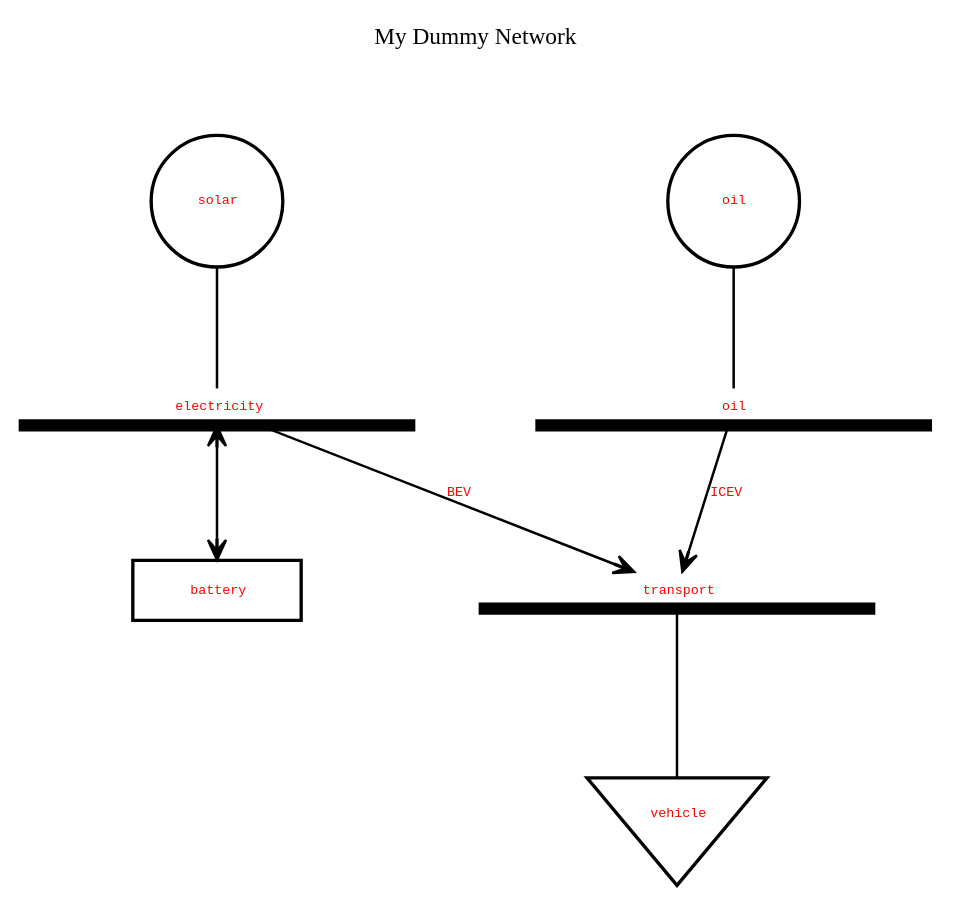
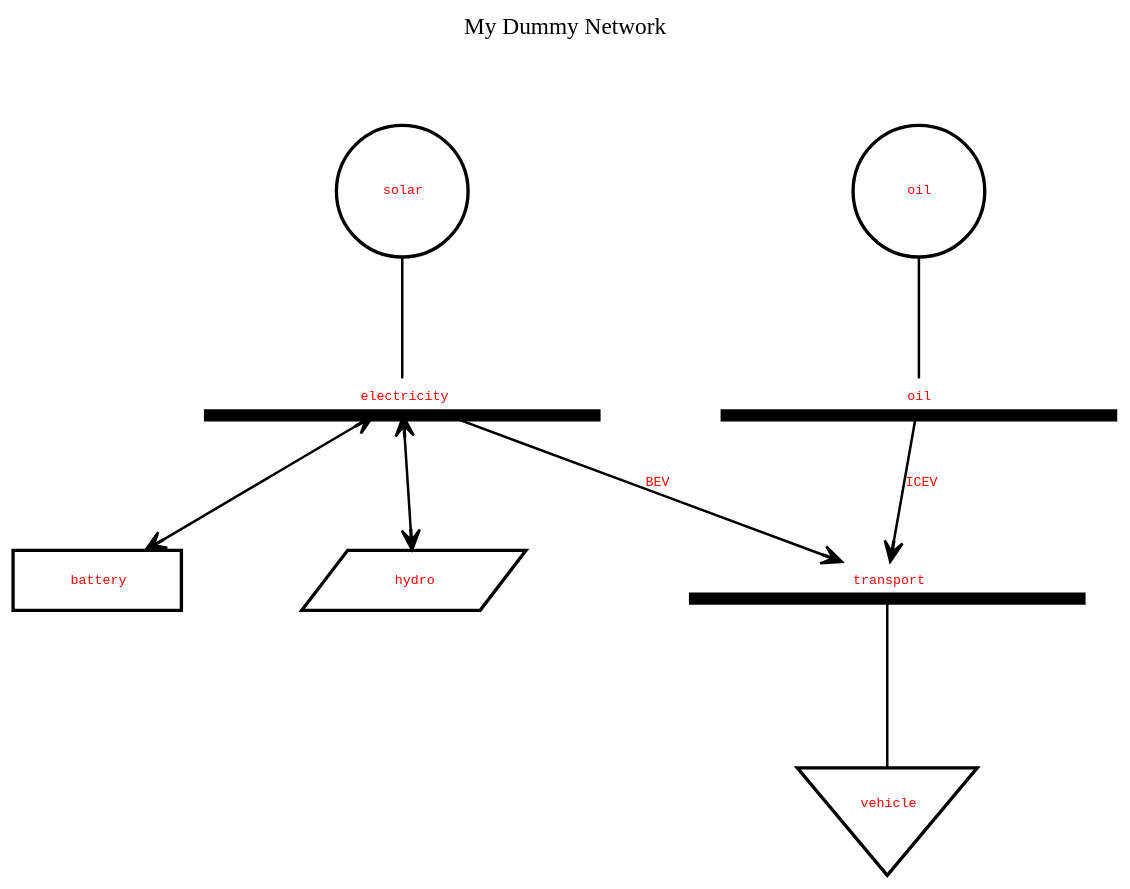
Before and after one commit to ricnogfer/pypsatopo: the diagram in resources/topography.dot, drawn with Graphviz. The commit also changed 1 other file, not shown here.

```diff
--- a/resources/topography.dot
+++ b/resources/topography.dot
@@ -1,160 +1,180 @@
 //
-// Generated by PyPSATopo version 0.7.0 (on the 2023/06/08 at 10:21:52) using the following parameters: 
+// Generated by PyPSATopo version 1.0.0 (on the 2024/08/13 at 20:15:56) using the following parameters: 
 //
-//    file_name (input)=None
+//    file_input=None
 //    focus=None
 //    neighbourhood=0
 //    bus_filter=None
 //    generator_filter=None
 //    load_filter=None
 //    store_filter=None
+//    storage_unit_filter=None
 //    link_filter=None
 //    line_filter=None
+//    carrier_filter=None
 //    negative_efficiency=True
-//    broken_missing=True
+//    broken_missing=False
 //    carrier_color=None
 //    context=False
-//    file_name (output)=topography.svg
+//    file_output=topography.svg
 //    file_format=svg
-//    quiet=True
+//    log=True
+//    log_info=False
+//    log_warning=False
 //
 
 digraph "My Dummy Network"
 {
    // digraph layout
+   bgcolor = "transparent"
    labelloc = "t"
    label = "My Dummy Network
 
 
            "
    tooltip = "Network: My Dummy Network
-Bus: 3
-Generators: 2
-Loads: 1
-Stores: 1
-Links: 2
-Lines: 0
+Buses: 3 (out of 3)
+Generators: 2 (out of 2)
+Loads: 1 (out of 1)
+Stores: 1 (out of 1)
+Storage units: 1 (out of 1)
+Links: 2 (out of 2)
+Lines: 0 (out of 0)
 Snapshots: 1"
    rankdir = "TB"
    ranksep = 1.00
    nodesep = 1.00
    splines = "polyline"
    node [fontname = "Courier New", fontsize = 8.00]
    edge [fontname = "Courier New", fontsize = 8.00]
 
    // buses (3)
    "oil (bus)" [label = <<font color = "red">oil</font>>, tooltip = "Bus: oil
 Carrier: AC
-Unit: 
+Unit: MW
 Generators: 1
 Loads: 0
 Stores: 0
 Incoming links: 0
 Outgoing links: 1
 Lines: 0
 
 Power time series: N/A MW", shape = "underline", width = 3.30, height = 0.30, style = "setlinewidth(7.30)", color = "black"]
    "electricity (bus)" [label = <<font color = "red">electricity</font>>, tooltip = "Bus: electricity
 Carrier: AC
-Unit: 
+Unit: MW
 Generators: 1
 Loads: 0
 Stores: 1
 Incoming links: 0
 Outgoing links: 1
 Lines: 0
 
 Power time series: N/A MW", shape = "underline", width = 3.30, height = 0.30, style = "setlinewidth(7.30)", color = "black"]
    "transport (bus)" [label = <<font color = "red">transport</font>>, tooltip = "Bus: transport
 Carrier: AC
-Unit: 
+Unit: MW
 Generators: 0
 Loads: 1
 Stores: 0
 Incoming links: 2
 Outgoing links: 0
 Lines: 0
 
 Power time series: N/A MW", shape = "underline", width = 3.30, height = 0.30, style = "setlinewidth(7.30)", color = "black"]
 
    // generators (2)
    "oil (generator)" [label = <<font color = "red">oil</font>>, tooltip = "Generator: oil
 Bus: oil
 Carrier: 
 Extendable nominal power: False
 Nominal power: 0.00 MW
 Power set: 0.00 MW
 Efficiency: 1.00
 Capital cost: 0.00 currency/MW
 Marginal cost: 0.00 currency/MWh
 
 Optimised nominal power: 0.00 MW
 Power time series: N/A MW", shape = "circle", width = 1.10, style = "setlinewidth(2.00)", color = "black"]   "oil (generator)" -> "oil (bus)" [style = "setlinewidth(1.50)", color = "black", arrowhead = "none"]
    "solar (generator)" [label = <<font color = "red">solar</font>>, tooltip = "Generator: solar
 Bus: electricity
 Carrier: 
 Extendable nominal power: False
 Nominal power: 0.00 MW
 Power set: 0.00 MW
 Efficiency: 1.00
 Capital cost: 0.00 currency/MW
 Marginal cost: 0.00 currency/MWh
 
 Optimised nominal power: 0.00 MW
 Power time series: N/A MW", shape = "circle", width = 1.10, style = "setlinewidth(2.00)", color = "black"]   "solar (generator)" -> "electricity (bus)" [style = "setlinewidth(1.50)", color = "black", arrowhead = "none"]
 
    // loads (1)
    "vehicle (load)" [label = <<font color = "red">vehicle</font>>, tooltip = "Load: vehicle
 Bus: transport
 Carrier: 
 Power set: 0.00 MW", shape = "invtriangle", width = 1.50, height = 1.20, style = "setlinewidth(2.00)", color = "black"]   "transport (bus)" -> "vehicle (load)" [style = "setlinewidth(1.50)", color = "black", arrowhead = "none"]
 
    // stores (1)
    "battery (store)" [label = <<font color = "red">battery</font>>, tooltip = "Store: battery
 Bus: electricity
 Carrier: 
 Extendable nominal energy: False
 Nominal energy: 0.00 MWh
 Power set: 0.00 MW
 Cyclic energy: False
 Capital cost: 0.00 currency/MW
 Marginal cost: 0.00 currency/MWh
 
 Optimised nominal energy: 0.00 MWh
 Energy time series: N/A MWh
 Power time series: N/A MW", shape = "box", width = 1.40, style = "setlinewidth(2.00)", color = "black"]   "electricity (bus)" -> "battery (store)" [style = "setlinewidth(1.50)", color = "black", arrowhead = "vee", arrowtail = "vee", arrowsize = 1.20, dir = "both"]
 
+   // storage units (1)
+   "hydro (storage unit)" [label = <<font color = "red">hydro</font>>, tooltip = "Storage unit: hydro
+Bus: electricity
+Carrier: 
+Extendable nominal power: False
+Nominal power: 0.00 MW
+Power set: 0.00 MW
+Charge cyclic state: False
+Capital cost: 0.00 currency/MW
+Marginal cost: 0.00 currency/MWh
+
+Optimised nominal power: 0.00 MW
+Power time series: N/A MW", shape = "parallelogram", width = 1.80, style = "setlinewidth(2.00)", color = "black"]   "electricity (bus)" -> "hydro (storage unit)" [style = "setlinewidth(1.50)", color = "black", arrowhead = "vee", arrowtail = "vee", arrowsize = 1.20, dir = "both"]
+
    // links (2)
    "oil (bus)" -> "transport (bus)" [label = <<font color = "red">ICEV</font>>, tooltip = "Link: ICEV
 From: oil (bus0)
 To: transport (bus1)
 Carrier: 
 Extendable nominal power: False
 Nominal power: 0.00 MW
 Efficiency: 1.00
 Capital cost: 0.00 currency/MW
 Marginal cost: 0.00 currency/MWh
 
 Optimised nominal power: 0.00 MW
 Power time series (p0): N/A MW
 Power time series (p1): N/A MW", style = "setlinewidth(1.50)", color = "black", arrowhead = "vee", arrowsize = 1.20]
    "electricity (bus)" -> "transport (bus)" [label = <<font color = "red">BEV</font>>, tooltip = "Link: BEV
 From: electricity (bus0)
 To: transport (bus1)
 Carrier: 
 Extendable nominal power: False
 Nominal power: 0.00 MW
 Efficiency: 1.00
 Capital cost: 0.00 currency/MW
 Marginal cost: 0.00 currency/MWh
 
 Optimised nominal power: 0.00 MW
 Power time series (p0): N/A MW
 Power time series (p1): N/A MW", style = "setlinewidth(1.50)", color = "black", arrowhead = "vee", arrowsize = 1.20]
 
    // multi-link trunks (0)
 
    // multi-link branches (0)
 
    // lines (0)
 }
```
